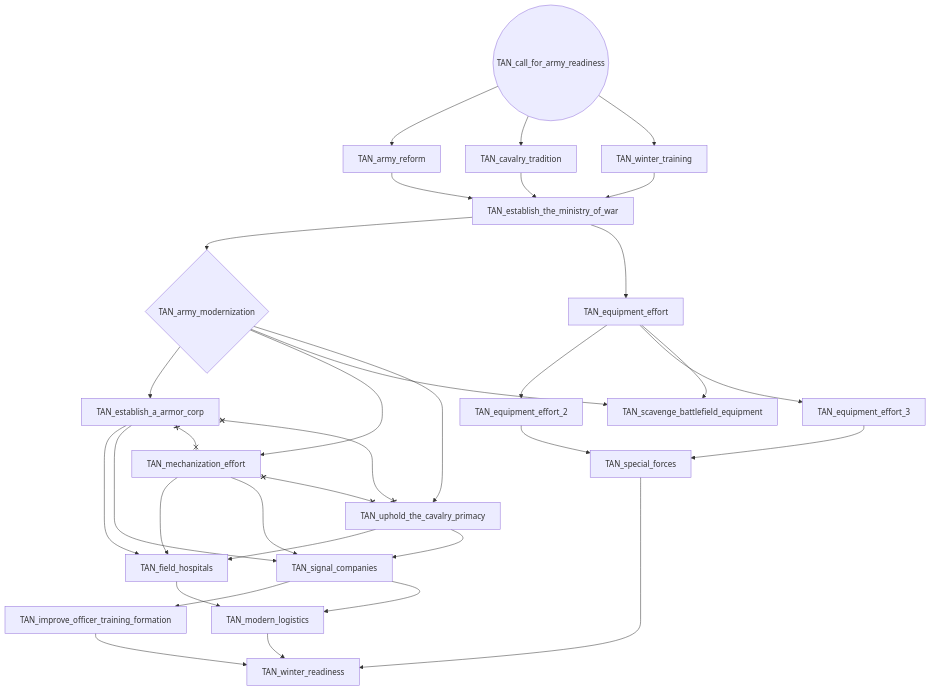
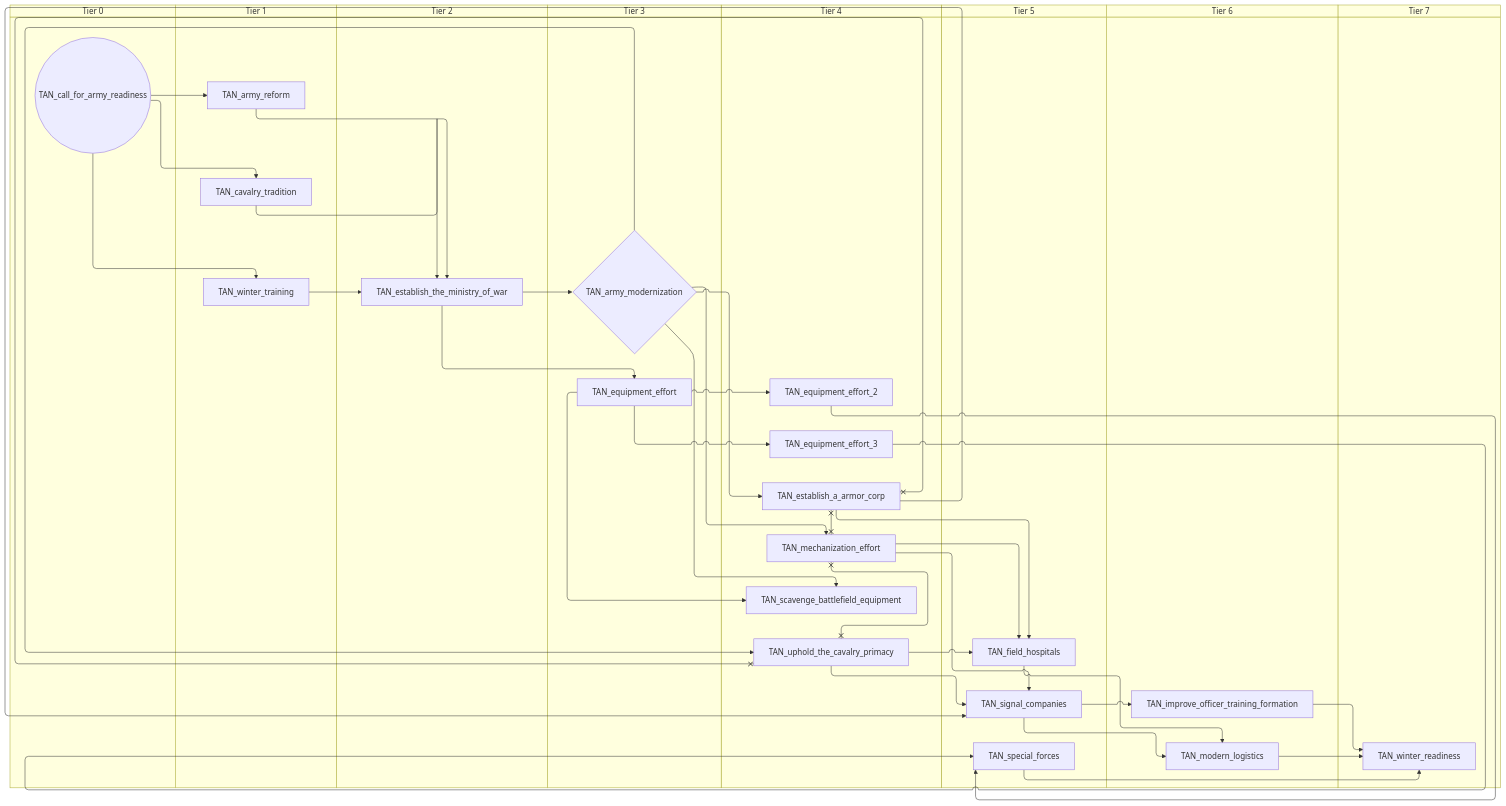
The third of 4 diagrams in docs/gdd/National Focuses/tuva.md (evgeny-sobol/hoi4-sandbox-mode-r56), drawn with Mermaid before and after one commit. The commit also changed other lines of this file and 423 other files, not shown here.

First line of the commit message:
Re-export Rt56 focus trees as swimlane diagrams

````diff
--- a/docs/gdd/National Focuses/tuva.md
+++ b/docs/gdd/National Focuses/tuva.md
@@ -177,54 +209,70 @@
 ```mermaid
-flowchart TD
-    n61{"TAN_army_modernization"}
-    n62["TAN_army_reform"]
-    n63(("TAN_call_for_army_readiness"))
-    n64["TAN_cavalry_tradition"]
-    n65["TAN_equipment_effort"]
-    n66["TAN_equipment_effort_2"]
-    n67["TAN_equipment_effort_3"]
-    n68["TAN_establish_a_armor_corp"]
-    n69["TAN_establish_the_ministry_of_war"]
-    n70["TAN_field_hospitals"]
-    n71["TAN_improve_officer_training_formation"]
-    n72["TAN_mechanization_effort"]
-    n73["TAN_modern_logistics"]
-    n74["TAN_scavenge_battlefield_equipment"]
-    n75["TAN_signal_companies"]
-    n76["TAN_special_forces"]
-    n77["TAN_uphold_the_cavalry_primacy"]
-    n78["TAN_winter_readiness"]
-    n79["TAN_winter_training"]
-    n69 --> n61
-    n63 --> n62
-    n63 --> n64
-    n69 --> n65
+swimlane-beta TD
+    subgraph tier_0["Tier 0"]
+        n61(("TAN_call_for_army_readiness"))
+    end
+    subgraph tier_1["Tier 1"]
+        n62["TAN_army_reform"]
+        n63["TAN_cavalry_tradition"]
+        n64["TAN_winter_training"]
+    end
+    subgraph tier_2["Tier 2"]
+        n65["TAN_establish_the_ministry_of_war"]
+    end
+    subgraph tier_3["Tier 3"]
+        n66{"TAN_army_modernization"}
+        n67["TAN_equipment_effort"]
+    end
+    subgraph tier_4["Tier 4"]
+        n68["TAN_equipment_effort_2"]
+        n69["TAN_equipment_effort_3"]
+        n70["TAN_establish_a_armor_corp"]
+        n71["TAN_mechanization_effort"]
+        n72["TAN_scavenge_battlefield_equipment"]
+        n73["TAN_uphold_the_cavalry_primacy"]
+    end
+    subgraph tier_5["Tier 5"]
+        n74["TAN_field_hospitals"]
+        n75["TAN_signal_companies"]
+        n76["TAN_special_forces"]
+    end
+    subgraph tier_6["Tier 6"]
+        n77["TAN_improve_officer_training_formation"]
+        n78["TAN_modern_logistics"]
+    end
+    subgraph tier_7["Tier 7"]
+        n79["TAN_winter_readiness"]
+    end
     n65 --> n66
+    n61 --> n62
+    n61 --> n63
     n65 --> n67
-    n61 --> n68
-    n62 --> n69
-    n79 --> n69
-    n64 --> n69
-    n72 --> n70
-    n77 --> n70
-    n68 --> n70
-    n75 --> n71
-    n61 --> n72
-    n70 --> n73
-    n75 --> n73
-    n65 --> n74
-    n61 --> n74
-    n68 --> n75
-    n72 --> n75
-    n77 --> n75
-    n67 --> n76
-    n66 --> n76
-    n61 --> n77
-    n76 --> n78
-    n71 --> n78
-    n73 --> n78
-    n63 --> n79
-    n68 x--x n72
-    n68 x--x n77
-    n72 x--x n77
+    n67 --> n68
+    n67 --> n69
+    n66 --> n70
+    n62 --> n65
+    n64 --> n65
+    n63 --> n65
+    n71 --> n74
+    n73 --> n74
+    n70 --> n74
+    n75 --> n77
+    n66 --> n71
+    n74 --> n78
+    n75 --> n78
+    n67 --> n72
+    n66 --> n72
+    n70 --> n75
+    n71 --> n75
+    n73 --> n75
+    n69 --> n76
+    n68 --> n76
+    n66 --> n73
+    n76 --> n79
+    n77 --> n79
+    n78 --> n79
+    n61 --> n64
+    n70 x--x n71
+    n70 x--x n73
+    n71 x--x n73
 ```
````
